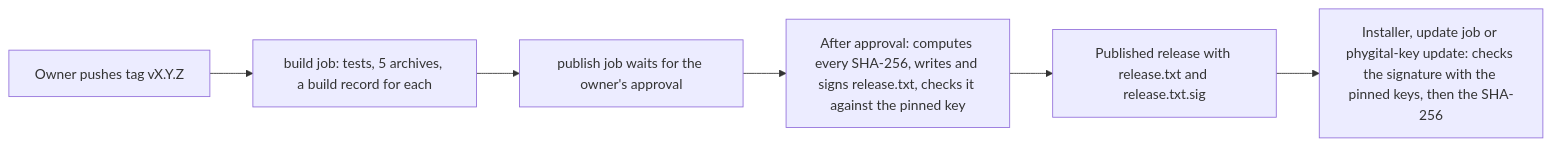
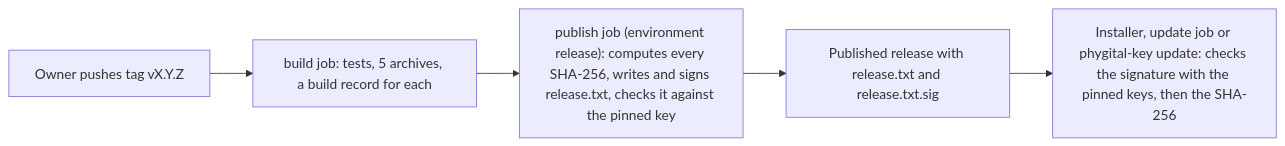
Before and after one commit to Phygital-Key/phygital-key: the second of 2 diagrams in docs/updates.md, drawn with Mermaid. The commit also changed other lines of this file and 21 other files, not shown here.

Commit message:
Release approval step off for the early stage: docs and comments

````diff
--- a/docs/updates.md
+++ b/docs/updates.md
@@ -220,8 +220,7 @@
 ```mermaid
 flowchart LR
     Tag["Owner pushes tag vX.Y.Z"] --> Build["build job: tests, 5 archives, a build record for each"]
-    Build --> Wait["publish job waits for the owner's approval"]
-    Wait --> Sign["After approval: computes every SHA-256, writes and signs release.txt, checks it against the pinned key"]
+    Build --> Sign["publish job (environment release): computes every SHA-256, writes and signs release.txt, checks it against the pinned key"]
     Sign --> Pub["Published release with release.txt and release.txt.sig"]
     Pub --> Check["Installer, update job or phygital-key update: checks the signature with the pinned keys, then the SHA-256"]
 ```
````
